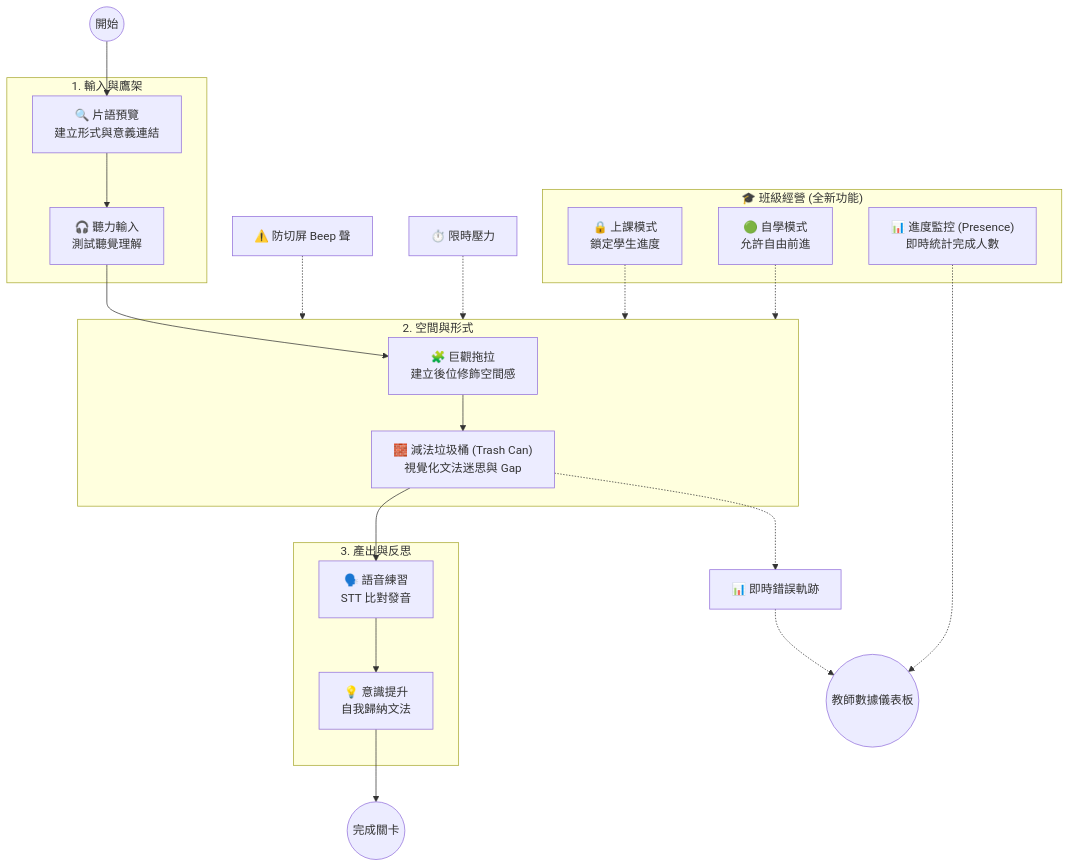
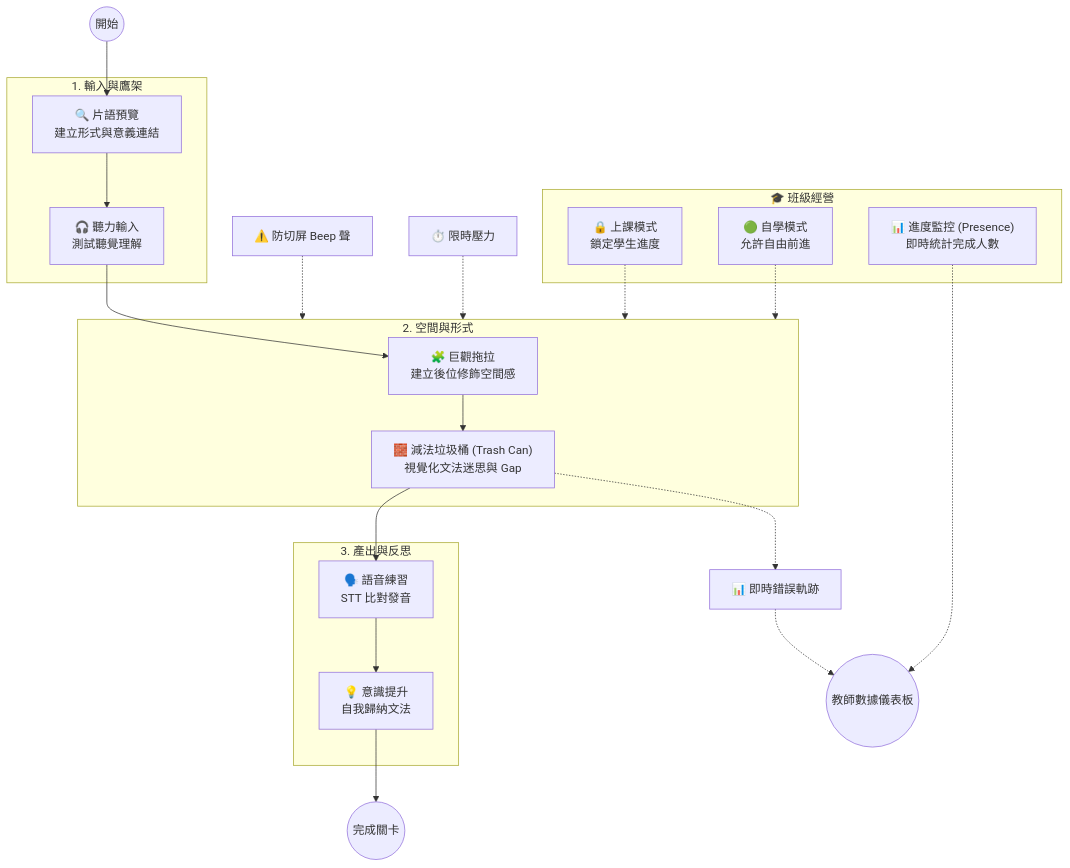
One commit to ylin3-learner/SyntaxHunt changed the first of 3 diagrams in README.zh-TW.md. Above: the diagram before and after it, drawn with Mermaid. The commit also changed other lines of this file and 1 other file, not shown here.

First line of the commit message:
docs(readme): update architecture, multi-tenancy, and auth documentation

````diff
--- a/README.zh-TW.md
+++ b/README.zh-TW.md
@@ -17,44 +17,44 @@
 ```mermaid
 flowchart TD
     Start((開始)) --> Preview
     
     subgraph Presentation ["1. 輸入與鷹架"]
         Preview["🔍 片語預覽<br>建立形式與意義連結"]
         Input["🎧 聽力輸入<br>測試聽覺理解"]
         Preview --> Input
     end
 
     Input --> Macro
     
     subgraph Practice ["2. 空間與形式"]
         Macro["🧩 巨觀拖拉<br>建立後位修飾空間感"]
         Micro["🧱 減法垃圾桶 (Trash Can)<br>視覺化文法迷思與 Gap"]
         Macro --> Micro
     end
 
     Micro --> Output
     
     subgraph Production ["3. 產出與反思"]
         Output["🗣️ 語音練習<br>STT 比對發音"]
         Noticing["💡 意識提升<br>自我歸納文法"]
         Output --> Noticing
     end
 
     Noticing --> End((完成關卡))
 
     %% 行為主義與班級經營
     Focus["⚠️ 防切屏 Beep 聲"] -.-> Practice
     Timer["⏱️ 限時壓力"] -.-> Practice
     Data["📊 即時錯誤軌跡"] -.-> Teacher((教師數據儀表板))
     Micro -.-> Data
 
-    subgraph ClassroomMgmt ["🎓 班級經營 (全新功能)"]
+    subgraph ClassroomMgmt ["🎓 班級經營"]
         ClassMode["🔒 上課模式<br>鎖定學生進度"]
         Presence["📊 進度監控 (Presence)<br>即時統計完成人數"]
         SelfPace["🟢 自學模式<br>允許自由前進"]
     end
 
     ClassMode -.-> Practice
     Presence -.-> Teacher
     SelfPace -.-> Practice
 ```
````
